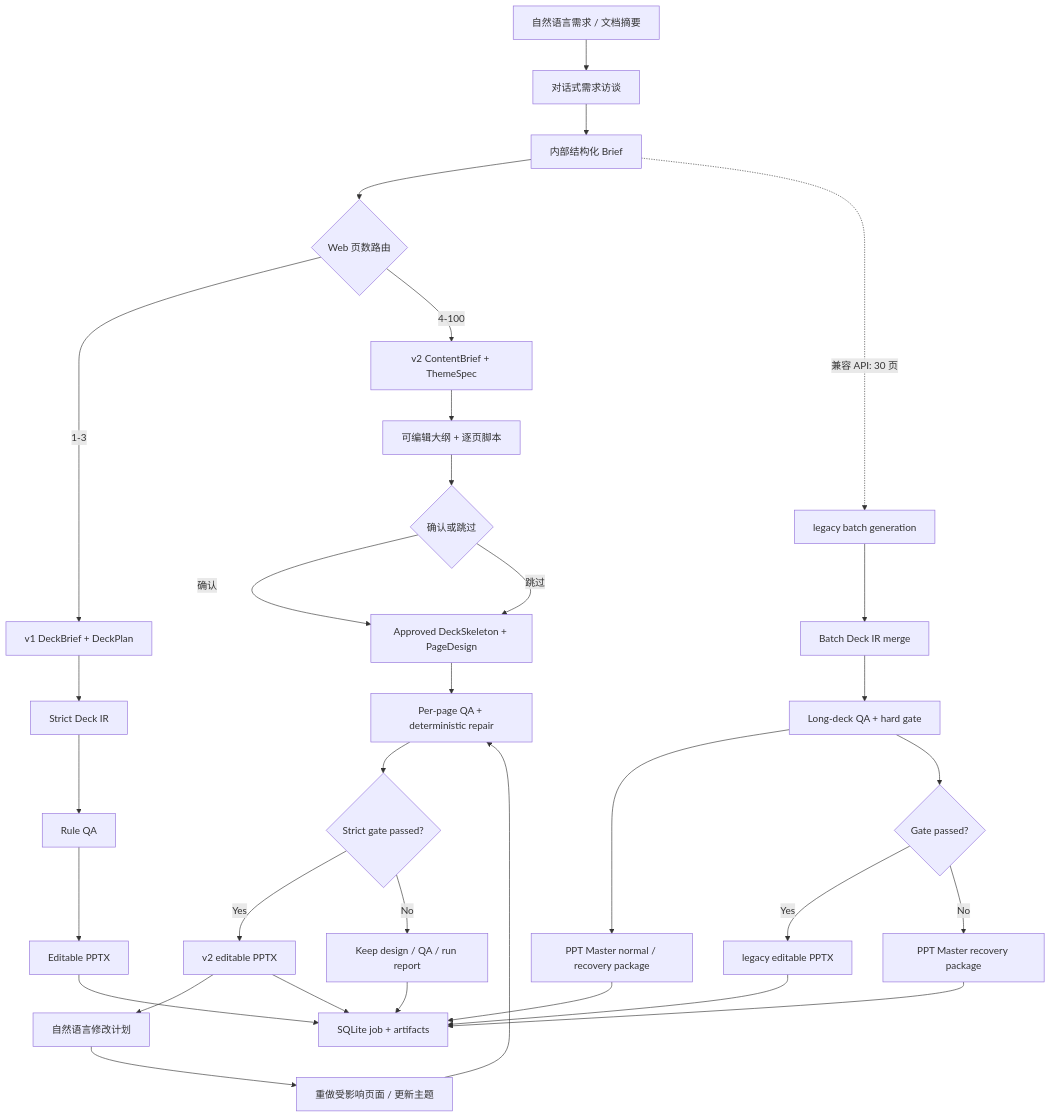
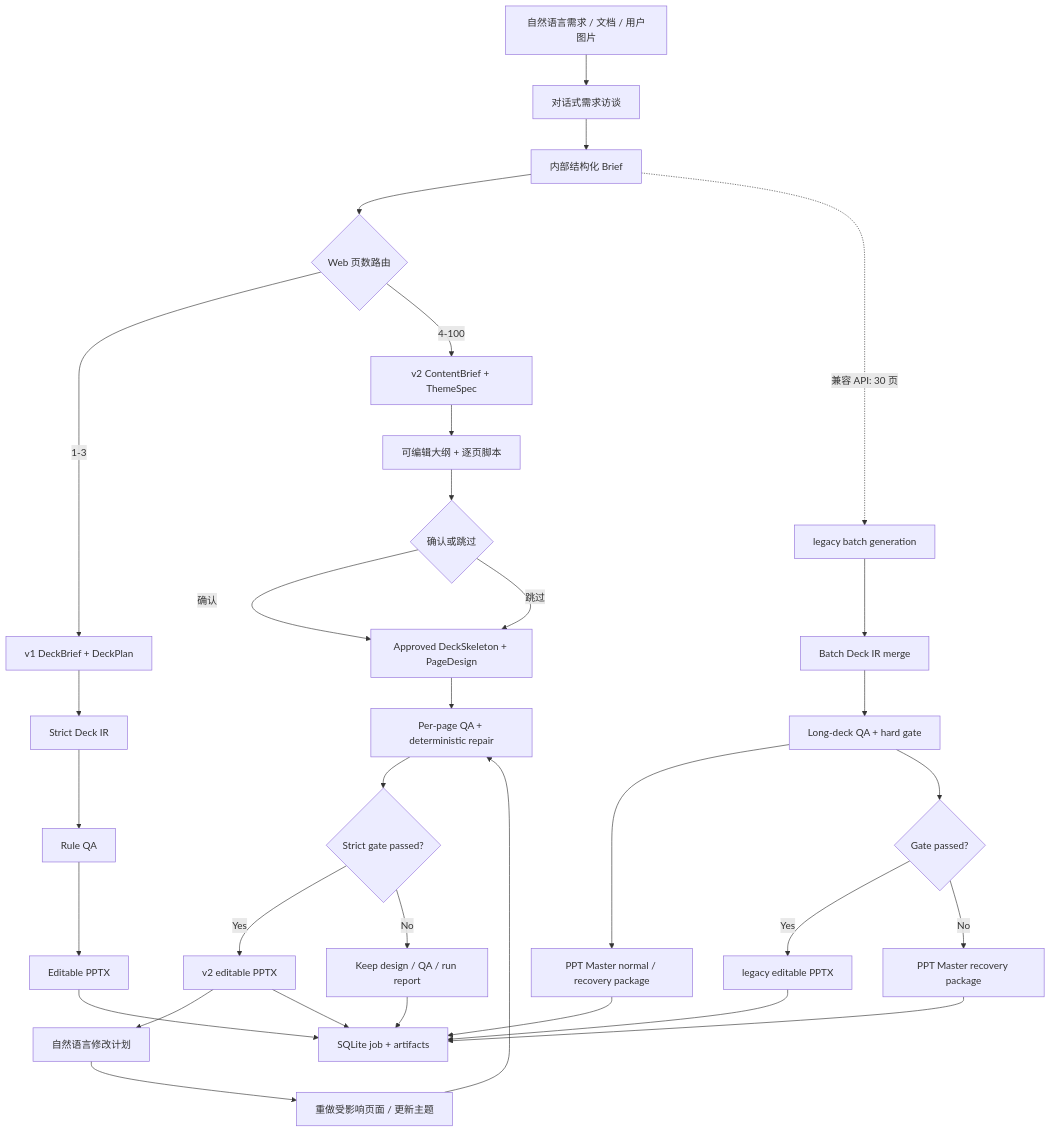
Before and after one commit to Liyilin66/ppt-agent: the diagram in README.md, drawn with Mermaid. The commit also changed other lines of this file and 15 other files, not shown here.

```diff
--- a/README.md
+++ b/README.md
@@ -110,40 +115,40 @@
 ~~~mermaid
 flowchart TD
-    A["自然语言需求 / 文档摘要"] --> B["对话式需求访谈"]
+    A["自然语言需求 / 文档 / 用户图片"] --> B["对话式需求访谈"]
     B --> C["内部结构化 Brief"]
     C --> D{"Web 页数路由"}
     D -->|"1-3"| E["v1 DeckBrief + DeckPlan"]
     D -->|"4-100"| F["v2 ContentBrief + ThemeSpec"]
     F --> F1["可编辑大纲 + 逐页脚本"]
     F1 --> F2{"确认或跳过"}
     F2 -->|"确认"| I["Approved DeckSkeleton + PageDesign"]
     F2 -->|"跳过"| I
     C -.->|"兼容 API: 30 页"| G["legacy batch generation"]
 
     E --> H["Strict Deck IR"]
     G --> J["Batch Deck IR merge"]
 
     H --> K["Rule QA"]
     I --> L["Per-page QA + deterministic repair"]
     J --> M["Long-deck QA + hard gate"]
     M --> N["PPT Master normal / recovery package"]
 
     K --> O["Editable PPTX"]
     L --> P{"Strict gate passed?"}
     M --> Q{"Gate passed?"}
 
     P -->|"Yes"| R["v2 editable PPTX"]
     P -->|"No"| S["Keep design / QA / run report"]
     Q -->|"Yes"| T["legacy editable PPTX"]
     Q -->|"No"| U["PPT Master recovery package"]
 
     O --> V["SQLite job + artifacts"]
     R --> W["自然语言修改计划"]
     W --> X["重做受影响页面 / 更新主题"]
     X --> L
     R --> V
     S --> V
     T --> V
     U --> V
     N --> V
 ~~~
```
